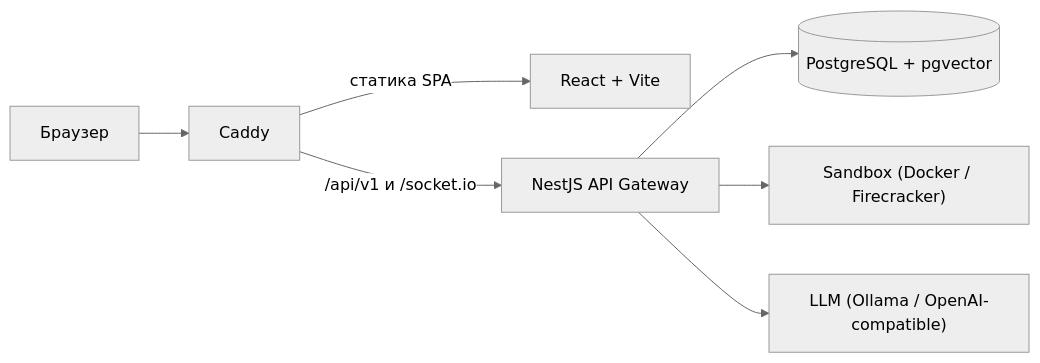
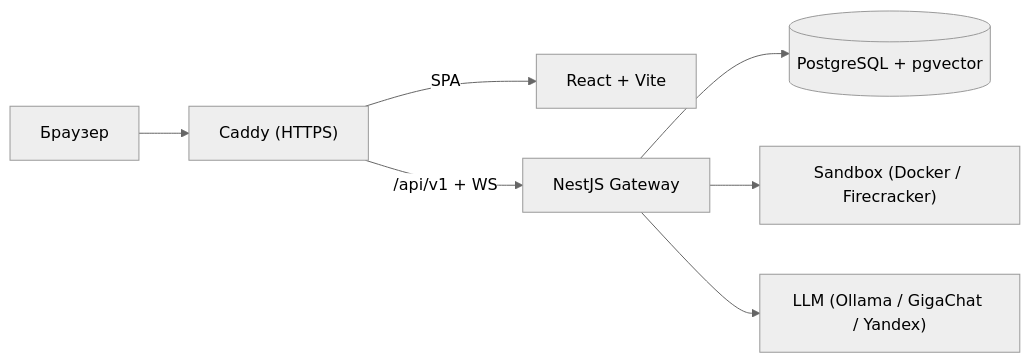
One commit to iilmchat/ai-skillwharf changed the diagram in README.md. Above: the diagram before and after it, drawn with Mermaid (neutral theme). The commit also changed other lines of this file, not shown here.

Commit message:
docs: update root README with new architecture and features

````diff
--- a/README.md
+++ b/README.md
@@ -40,9 +34,9 @@
 ```mermaid
 flowchart LR
-    U["Браузер"] --> C["Caddy"]
-    C -->|"статика SPA"| R["React + Vite"]
-    C -->|"/api/v1 и /socket.io"| A["NestJS API Gateway"]
+    U["Браузер"] --> C["Caddy (HTTPS)"]
+    C -->|"SPA"| R["React + Vite"]
+    C -->|"/api/v1 + WS"| A["NestJS Gateway"]
     A --> P[("PostgreSQL + pgvector")]
     A --> S["Sandbox (Docker / Firecracker)"]
-    A --> L["LLM (Ollama / OpenAI-compatible)"]
+    A --> L["LLM (Ollama / GigaChat / Yandex)"]
 ```
````
